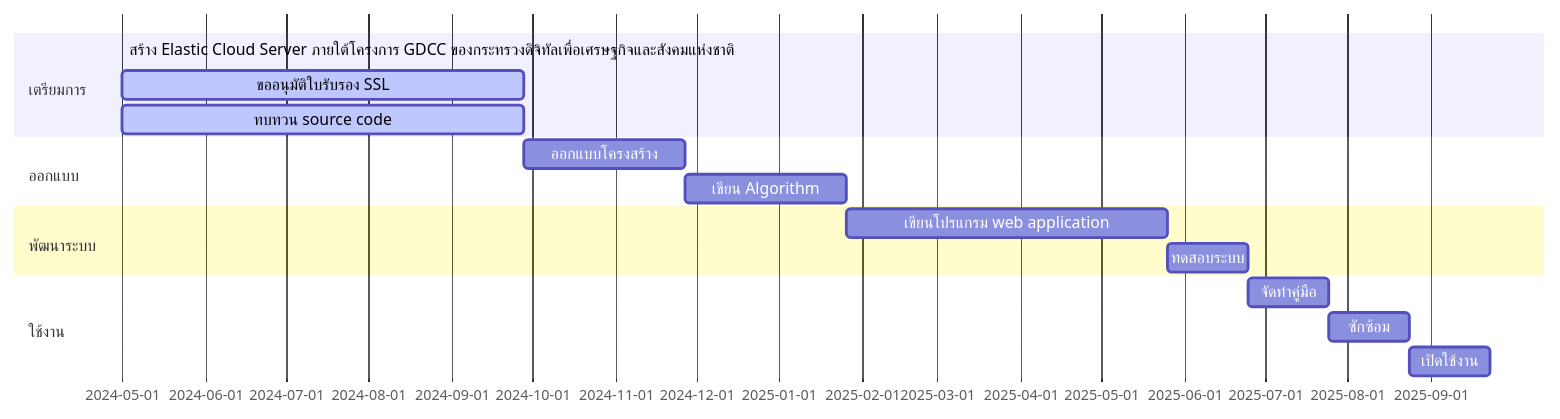
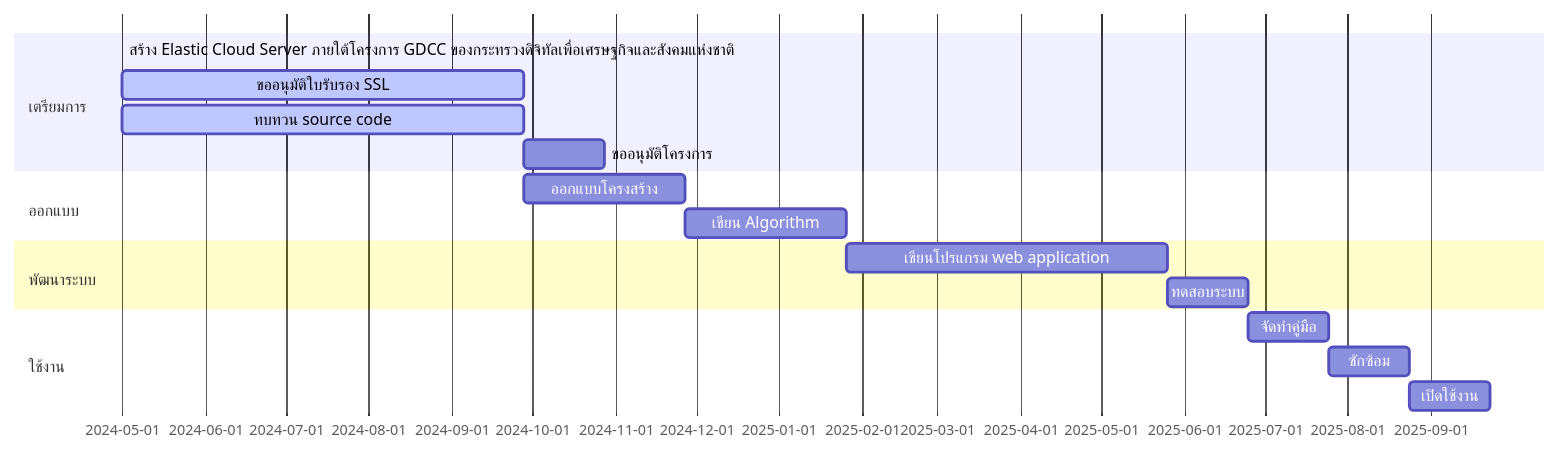
Before and after one commit to Kietpawpan/e-tracking: the first of 2 diagrams in README.md, drawn with Mermaid.

````diff
--- a/README.md
+++ b/README.md
@@ -10,19 +10,20 @@
 ```mermaid
 gantt
     section เตรียมการ
-    สร้าง Elastic Cloud Server ภายใต้โครงการ GDCC ของกระทรวงดิจิทัลเพื่อเศรษฐกิจและสังคมแห่งชาติ :done,    des1, 2024-05-01,2024-05-30
-    ขออนุมัติใบรับรอง SSL       :active, des2, after des1, 150d
-    ทบทวน source code  :   active, des3, after des1, 150d
+       สร้าง Elastic Cloud Server ภายใต้โครงการ GDCC ของกระทรวงดิจิทัลเพื่อเศรษฐกิจและสังคมแห่งชาติ :done,    des1, 2024-05-01,2024-05-30
+       ขออนุมัติใบรับรอง SSL :active, des2, after des1, 150d
+       ทบทวน source code : active, des3, after des1, 150d
+       ขออนุมัติโครงการ: a, after des3, 30d
     section ออกแบบ
-    ออกแบบโครงสร้าง  :         des4, after des3, 60d
-    เขียน Algorithm:   des5, after des4, 60d
+       ออกแบบโครงสร้าง  :  des4, after des3, 60d
+       เขียน Algorithm:   des5, after des4, 60d
     section พัฒนาระบบ
-    เขียนโปรแกรม web application  :  des6, after des5, 120d
-    ทดสอบระบบ:des7, after des6, 30d
+       เขียนโปรแกรม web application  :  des6, after des5, 120d
+       ทดสอบระบบ:    des7, after des6, 30d
    section ใช้งาน
-    จัดทำคู่มือ  :         des8, after des7, 30d
-    ซักซ้อม :         des9, after des8, 30d
-      เปิดใช้งาน: des10, after des9, 30d
+       จัดทำคู่มือ  :   des8, after des7, 30d
+       ซักซ้อม :      des9, after des8, 30d
+       เปิดใช้งาน:    des10, after des9, 30d
 
 
 ```
````
